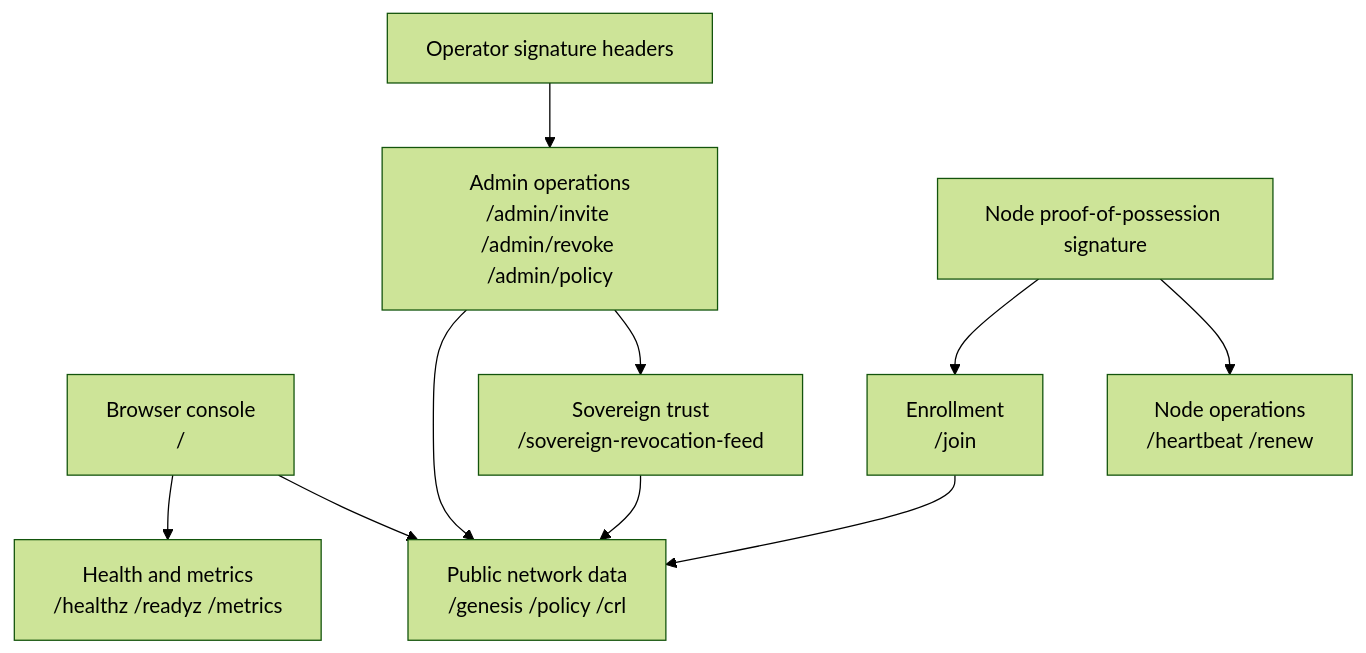
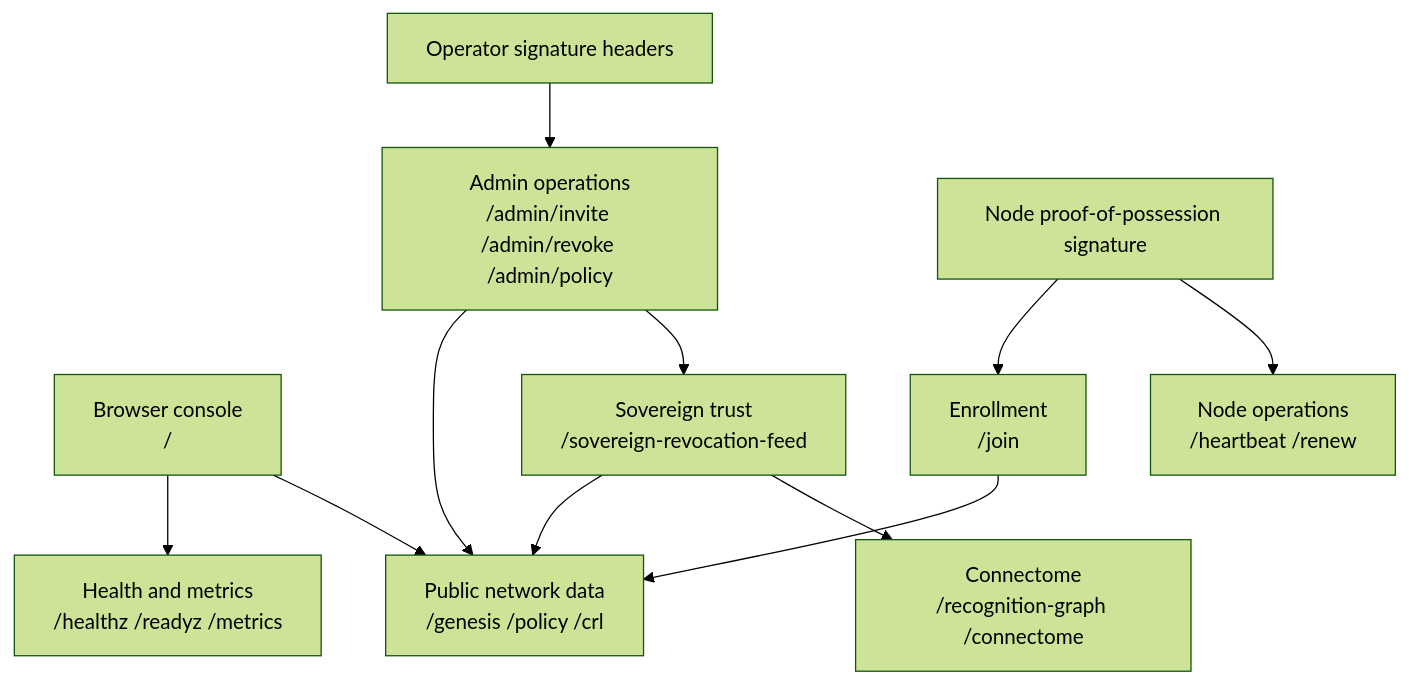
Before and after one commit to GenesisMeshLabs/genesismesh: the diagram in docs/reference/network-authority-api.md, drawn with Mermaid (forest theme). The commit also changed other lines of this file and 15 other files, not shown here.

````diff
--- a/docs/reference/network-authority-api.md
+++ b/docs/reference/network-authority-api.md
@@ -6,22 +6,24 @@
 ```{mermaid}
 flowchart TB
     home["Browser console<br/>/"]
     health["Health and metrics<br/>/healthz /readyz /metrics"]
     public["Public network data<br/>/genesis /policy /crl"]
     enrollment["Enrollment<br/>/join"]
     node_ops["Node operations<br/>/heartbeat /renew"]
     admin["Admin operations<br/>/admin/invite /admin/revoke /admin/policy"]
     sovereign["Sovereign trust<br/>/sovereign-revocation-feed"]
+    connectome["Connectome<br/>/recognition-graph /connectome"]
     auth["Operator signature headers"]
     node_sig["Node proof-of-possession signature"]
 
     auth --> admin
     node_sig --> enrollment
     node_sig --> node_ops
     home --> health
     home --> public
     enrollment --> public
     admin --> public
     admin --> sovereign
     sovereign --> public
+    sovereign --> connectome
 ```
````
